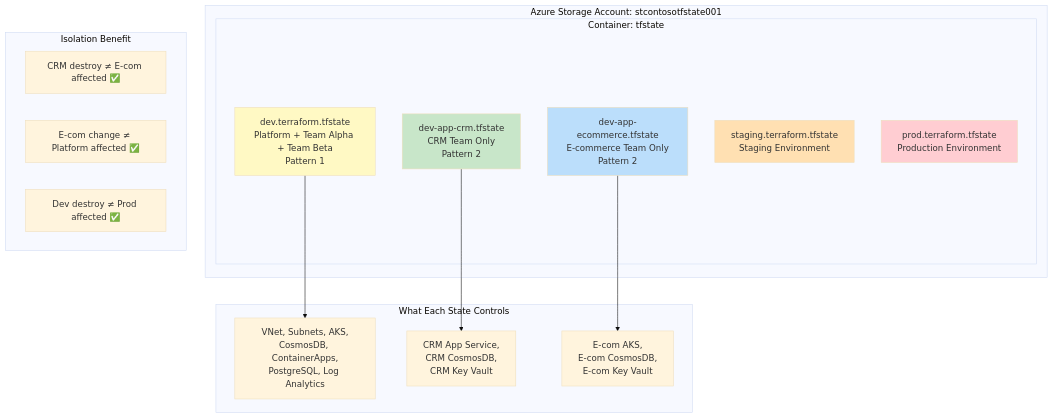
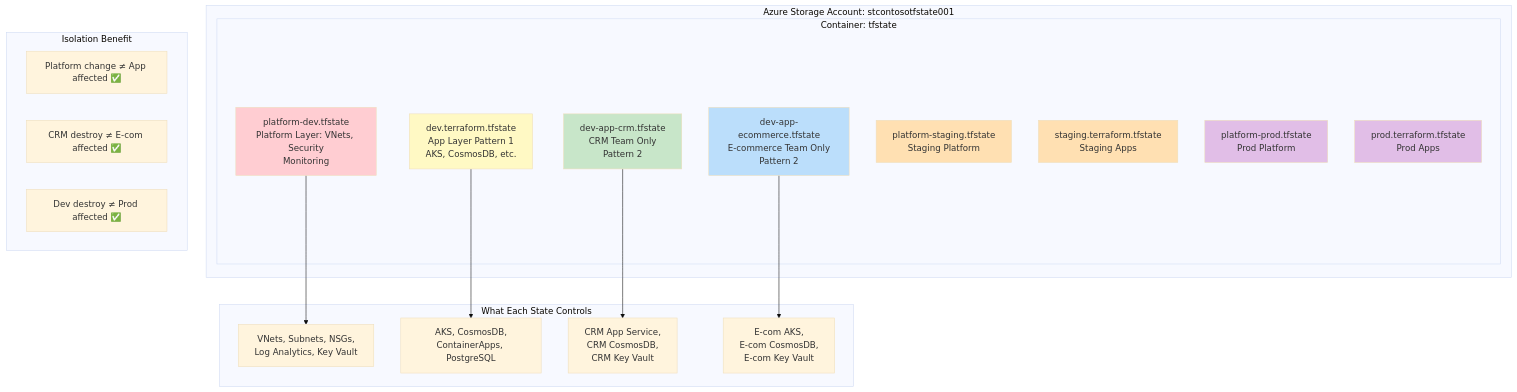
Before and after one commit to sandy-gunawan/demoterraform: the eighth of 10 diagrams in docs/demo/06-DIAGRAMS.md, drawn with Mermaid (base theme). The commit also changed other lines of this file and 42 other files, not shown here.

First line of the commit message:
feat: implement layered infrastructure (platform + apps separation)

````diff
--- a/docs/demo/06-DIAGRAMS.md
+++ b/docs/demo/06-DIAGRAMS.md
@@ -361,30 +374,37 @@
 ```mermaid
 graph TB
     subgraph "Azure Storage Account: stcontosotfstate001"
         subgraph "Container: tfstate"
-            S1[dev.terraform.tfstate<br/>Platform + Team Alpha + Team Beta<br/>Pattern 1]
+            S0[platform-dev.tfstate<br/>Platform Layer: VNets, Security<br/>Monitoring]
+            S1[dev.terraform.tfstate<br/>App Layer Pattern 1<br/>AKS, CosmosDB, etc.]
             S2[dev-app-crm.tfstate<br/>CRM Team Only<br/>Pattern 2]
             S3[dev-app-ecommerce.tfstate<br/>E-commerce Team Only<br/>Pattern 2]
-            S4[staging.terraform.tfstate<br/>Staging Environment]
-            S5[prod.terraform.tfstate<br/>Production Environment]
+            S4[platform-staging.tfstate<br/>Staging Platform]
+            S5[staging.terraform.tfstate<br/>Staging Apps]
+            S6[platform-prod.tfstate<br/>Prod Platform]
+            S7[prod.terraform.tfstate<br/>Prod Apps]
         end
     end
 
     subgraph "What Each State Controls"
-        S1 --> P1[VNet, Subnets, AKS,<br/>CosmosDB, ContainerApps,<br/>PostgreSQL, Log Analytics]
+        S0 --> P0[VNets, Subnets, NSGs,<br/>Log Analytics, Key Vault]
+        S1 --> P1[AKS, CosmosDB,<br/>ContainerApps, PostgreSQL]
         S2 --> P2[CRM App Service,<br/>CRM CosmosDB,<br/>CRM Key Vault]
         S3 --> P3[E-com AKS,<br/>E-com CosmosDB,<br/>E-com Key Vault]
     end
 
     subgraph "Isolation Benefit"
-        ISO1[CRM destroy ≠ E-com affected ✅]
-        ISO2[E-com change ≠ Platform affected ✅]
+        ISO1[Platform change ≠ App affected ✅]
+        ISO2[CRM destroy ≠ E-com affected ✅]
         ISO3[Dev destroy ≠ Prod affected ✅]
     end
 
+    style S0 fill:#FFCDD2
     style S1 fill:#FFF9C4
     style S2 fill:#C8E6C9
     style S3 fill:#BBDEFB
     style S4 fill:#FFE0B2
-    style S5 fill:#FFCDD2
+    style S5 fill:#FFE0B2
+    style S6 fill:#E1BEE7
+    style S7 fill:#E1BEE7
 ```
````
